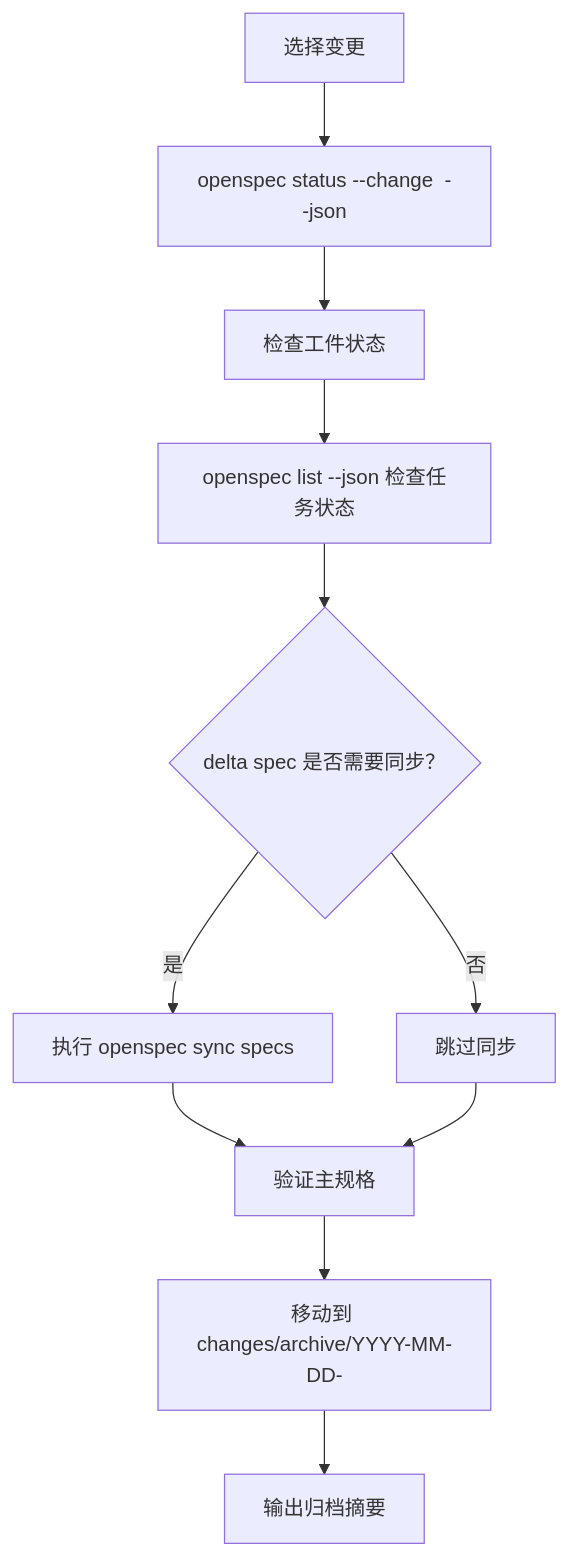
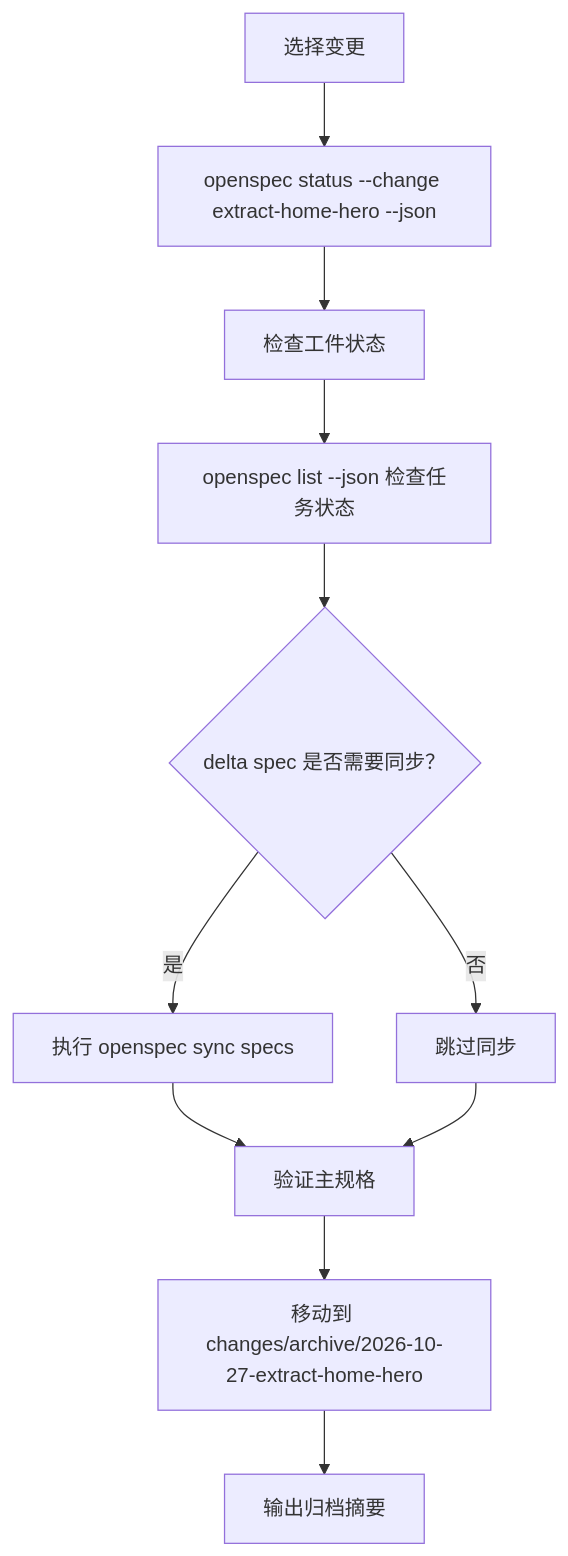
Before and after one commit to luyitiger6/my-first-project: the eighth of 9 diagrams in .qoder/repowiki/zh/content/规格驱动开发/OpenSpec 工具使用.md, drawn with Mermaid. The commit also changed other lines of this file and 11 other files, not shown here.

````diff
--- a/.qoder/repowiki/zh/content/规格驱动开发/OpenSpec 工具使用.md
+++ b/.qoder/repowiki/zh/content/规格驱动开发/OpenSpec 工具使用.md
@@ -260,13 +325,13 @@
 ```mermaid
 flowchart TD
-A["选择变更"] --> B["openspec status --change <name> --json"]
+A["选择变更"] --> B["openspec status --change extract-home-hero --json"]
 B --> C["检查工件状态"]
 C --> D["openspec list --json 检查任务状态"]
 D --> E{"delta spec 是否需要同步？"}
 E --> |是| F["执行 openspec sync specs"]
 E --> |否| G["跳过同步"]
 F --> H["验证主规格"]
 G --> H
-H --> I["移动到 changes/archive/YYYY-MM-DD-<name>"]
+H --> I["移动到 changes/archive/2026-10-27-extract-home-hero"]
 I --> J["输出归档摘要"]
 ```
````
